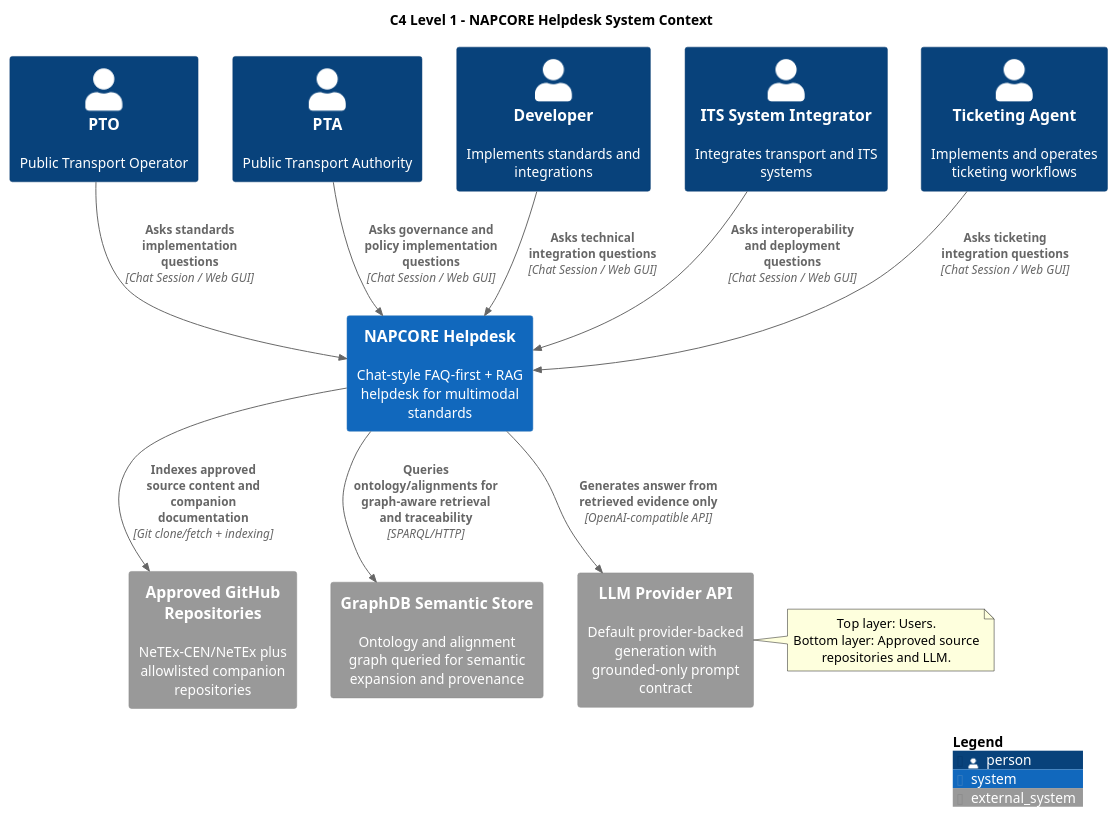
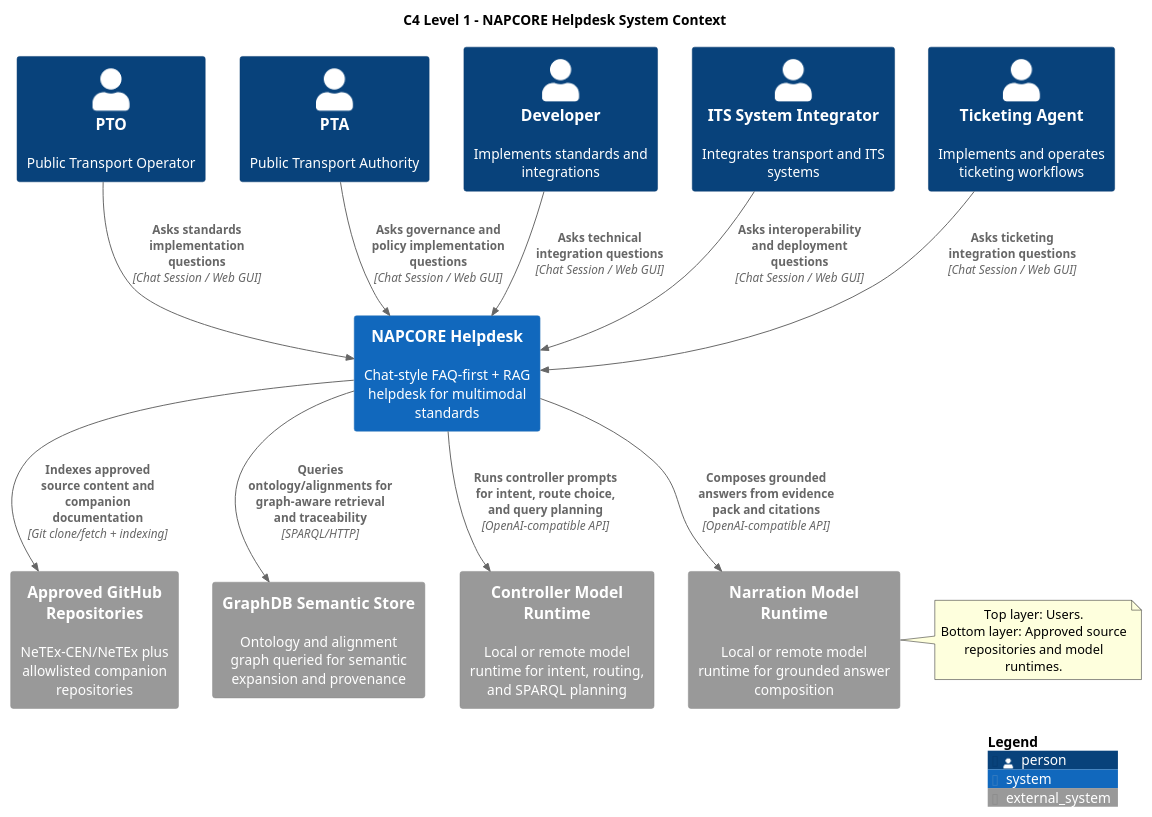
Before and after one commit to UM-KGPI/NapcoreHelpdesk: the diagram in docs/architecture/c4-system-context.puml, drawn with PlantUML. The commit also changed 131 other files, not shown here.

```diff
--- a/docs/architecture/c4-system-context.puml
+++ b/docs/architecture/c4-system-context.puml
@@ -1,56 +1,61 @@
 @startuml
 !includeurl https://raw.githubusercontent.com/plantuml-stdlib/C4-PlantUML/master/C4_Context.puml
 
 title C4 Level 1 - NAPCORE Helpdesk System Context
 
 Person(pto, "PTO", "Public Transport Operator")
 Person(pta, "PTA", "Public Transport Authority")
 Person(dev, "Developer", "Implements standards and integrations")
 Person(integrator, "ITS System Integrator", "Integrates transport and ITS systems")
 Person(ticketing, "Ticketing Agent", "Implements and operates ticketing workflows")
 
 System(helpdesk, "NAPCORE Helpdesk", "Chat-style FAQ-first + RAG helpdesk for multimodal standards")
 System_Ext(github, "Approved GitHub Repositories", "NeTEx-CEN/NeTEx plus allowlisted companion repositories")
 System_Ext(graphdb, "GraphDB Semantic Store", "Ontology and alignment graph queried for semantic expansion and provenance")
-System_Ext(llm, "LLM Provider API", "Default provider-backed generation with grounded-only prompt contract")
+System_Ext(controller_runtime, "Controller Model Runtime", "Local or remote model runtime for intent, routing, and SPARQL planning")
+System_Ext(narration_runtime, "Narration Model Runtime", "Local or remote model runtime for grounded answer composition")
 
 Rel(pto, helpdesk, "Asks standards implementation questions", "Chat Session / Web GUI")
 Rel(pta, helpdesk, "Asks governance and policy implementation questions", "Chat Session / Web GUI")
 Rel(dev, helpdesk, "Asks technical integration questions", "Chat Session / Web GUI")
 Rel(integrator, helpdesk, "Asks interoperability and deployment questions", "Chat Session / Web GUI")
 Rel(ticketing, helpdesk, "Asks ticketing integration questions", "Chat Session / Web GUI")
 
 Rel(helpdesk, github, "Indexes approved source content and companion documentation", "Git clone/fetch + indexing")
 Rel(helpdesk, graphdb, "Queries ontology/alignments for graph-aware retrieval and traceability", "SPARQL/HTTP")
-Rel(helpdesk, llm, "Generates answer from retrieved evidence only", "OpenAI-compatible API")
+Rel(helpdesk, controller_runtime, "Runs controller prompts for intent, route choice, and query planning", "OpenAI-compatible API")
+Rel(helpdesk, narration_runtime, "Composes grounded answers from evidence pack and citations", "OpenAI-compatible API")
 
-UpdateRelStyle(helpdesk, llm, $textColor="black", $lineColor="#38598A")
+UpdateRelStyle(helpdesk, controller_runtime, $textColor="black", $lineColor="#38598A")
+UpdateRelStyle(helpdesk, narration_runtime, $textColor="black", $lineColor="#38598A")
 
 UpdateElementStyle(pto, $fontColor="#1F2F4A")
 UpdateElementStyle(pta, $fontColor="#1F2F4A")
 UpdateElementStyle(dev, $fontColor="#1F2F4A")
 UpdateElementStyle(integrator, $fontColor="#1F2F4A")
 UpdateElementStyle(ticketing, $fontColor="#1F2F4A")
 
 ' Top layer: actors horizontally
 Lay_R(pto, pta)
 Lay_R(pta, dev)
 Lay_R(dev, integrator)
 Lay_R(integrator, ticketing)
 ' Middle: helpdesk below actors
 Lay_D(pto, helpdesk)
 ' Bottom layer: external systems below helpdesk
 Lay_D(helpdesk, github)
 Lay_D(helpdesk, graphdb)
-Lay_D(helpdesk, llm)
+Lay_D(helpdesk, controller_runtime)
+Lay_D(helpdesk, narration_runtime)
 Lay_R(github, graphdb)
-Lay_R(graphdb, llm)
+Lay_R(graphdb, controller_runtime)
+Lay_R(controller_runtime, narration_runtime)
 
-note right of llm
+note right of narration_runtime
 Top layer: Users.
-Bottom layer: Approved source repositories and LLM.
+Bottom layer: Approved source repositories and model runtimes.
 end note
 
 SHOW_LEGEND()
 
 @enduml
```
